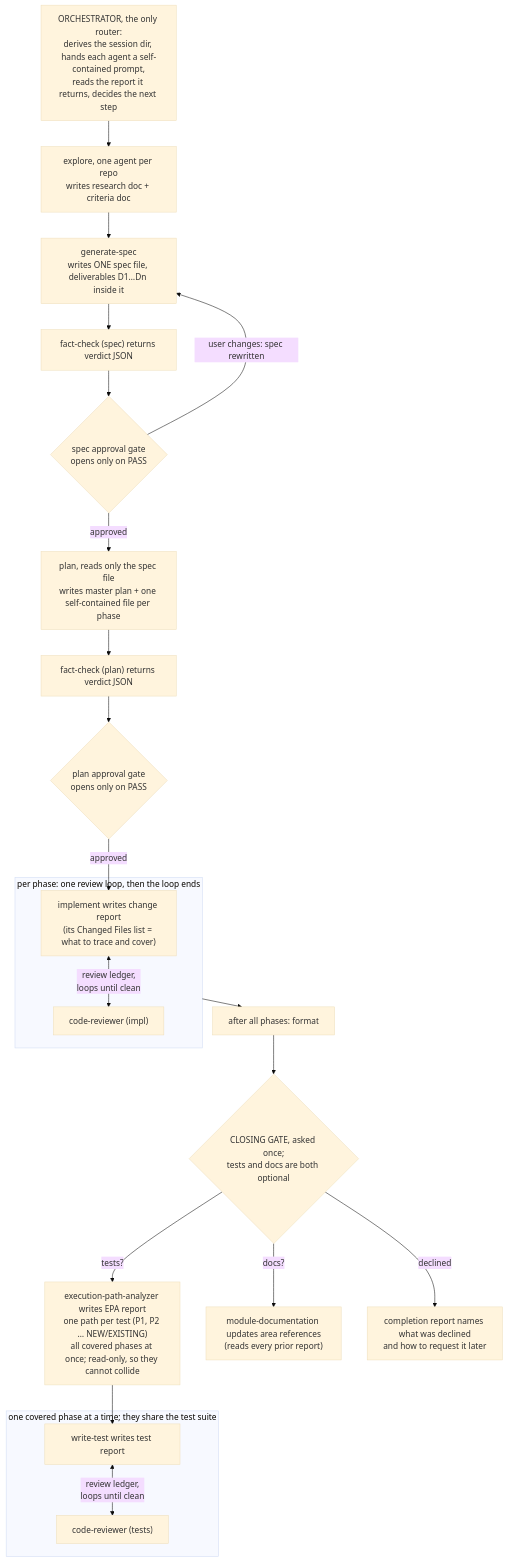
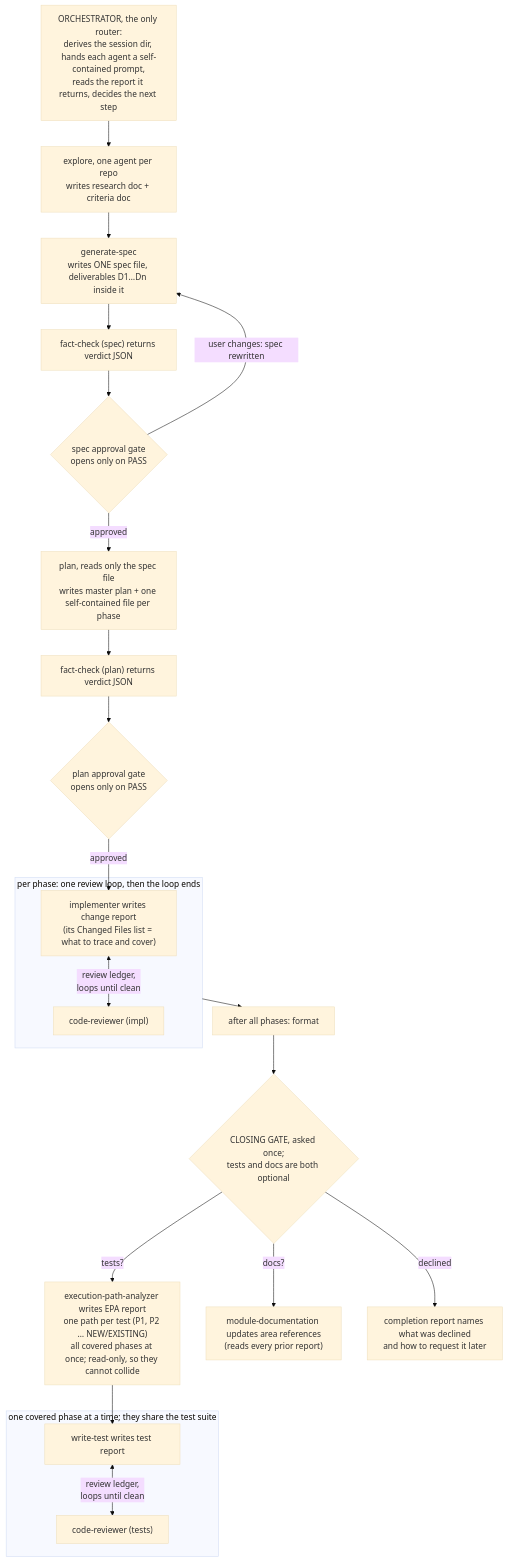
The third of 3 diagrams in docs/architecture.md (diepquynh/ultracode), drawn with Mermaid (base theme) before and after one commit. The commit also changed other lines of this file and 51 other files, not shown here.

````diff
--- a/docs/architecture.md
+++ b/docs/architecture.md
@@ -176,27 +176,27 @@
 ```mermaid
 flowchart TD
     ORCH["ORCHESTRATOR, the only router:<br/>derives the session dir, hands each agent a self-contained prompt,<br/>reads the report it returns, decides the next step"]
     ORCH --> EXPLORE["explore, one agent per repo<br/>writes research doc + criteria doc"]
     EXPLORE --> SPEC["generate-spec<br/>writes ONE spec file, deliverables D1…Dn inside it"]
     SPEC --> FC1["fact-check (spec) returns verdict JSON"]
     FC1 --> G1{"spec approval gate<br/>opens only on PASS"}
     G1 -- "user changes: spec rewritten" --> SPEC
     G1 -- approved --> PLAN["plan, reads only the spec file<br/>writes master plan + one self-contained file per phase"]
     PLAN --> FC2["fact-check (plan) returns verdict JSON"]
     FC2 --> G2{"plan approval gate<br/>opens only on PASS"}
     G2 -- approved --> IMPL
     subgraph PHASELOOP["per phase: one review loop, then the loop ends"]
-        IMPL["implement writes change report<br/>(its Changed Files list = what to trace and cover)"]
+        IMPL["implementer writes change report<br/>(its Changed Files list = what to trace and cover)"]
         IMPL <-- "review ledger,<br/>loops until clean" --> CR1["code-reviewer (impl)"]
     end
     PHASELOOP --> FORMAT["after all phases: format"]
     FORMAT --> CLOSING{"CLOSING GATE, asked once;<br/>tests and docs are both optional"}
     CLOSING -- "tests?" --> EPA["execution-path-analyzer writes EPA report<br/>one path per test (P1, P2 … NEW/EXISTING)<br/>all covered phases at once; read-only, so they cannot collide"]
     EPA --> WT
     subgraph TESTLOOP["one covered phase at a time; they share the test suite"]
         WT["write-test writes test report"]
         WT <-- "review ledger,<br/>loops until clean" --> CR2["code-reviewer (tests)"]
     end
     CLOSING -- "docs?" --> MDOC["module-documentation updates area references<br/>(reads every prior report)"]
     CLOSING -- declined --> DONE["completion report names what was declined<br/>and how to request it later"]
 ```
````
